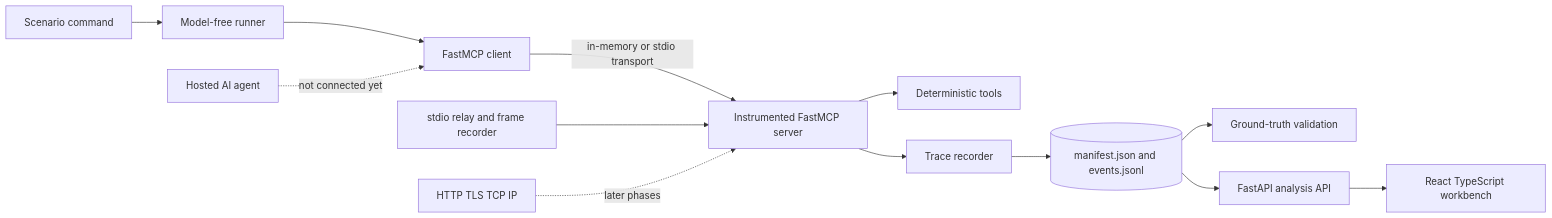
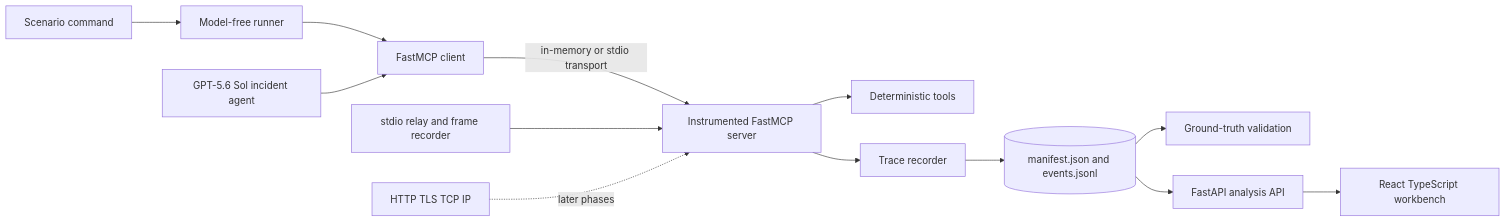
One commit to madhavpr191221/agentic-ai-statistics changed the first of 2 diagrams in docs/IMPLEMENTATION_STATUS.md. Above: the diagram before and after it, drawn with Mermaid. The commit also changed other lines of this file and 27 other files, not shown here.

Commit message:
feat: add measured IT incident agent study

````diff
--- a/docs/IMPLEMENTATION_STATUS.md
+++ b/docs/IMPLEMENTATION_STATUS.md
@@ -77,16 +86,16 @@
 ```mermaid
 flowchart LR
     Command[Scenario command] --> Runner[Model-free runner]
     Runner --> Client[FastMCP client]
     Client -->|in-memory or stdio transport| Server[Instrumented FastMCP server]
     Server --> Fixture[Deterministic tools]
     Server --> Trace[Trace recorder]
     Trace --> Raw[(manifest.json and events.jsonl)]
     Raw --> Validate[Ground-truth validation]
     Raw --> API[FastAPI analysis API]
     API --> UI[React TypeScript workbench]
 
-    Agent[Hosted AI agent] -. not connected yet .-> Client
+    Agent[GPT-5.6 Sol incident agent] --> Client
     Stdio[stdio relay and frame recorder] --> Server
     Network[HTTP TLS TCP IP] -. later phases .-> Server
 ```
````
